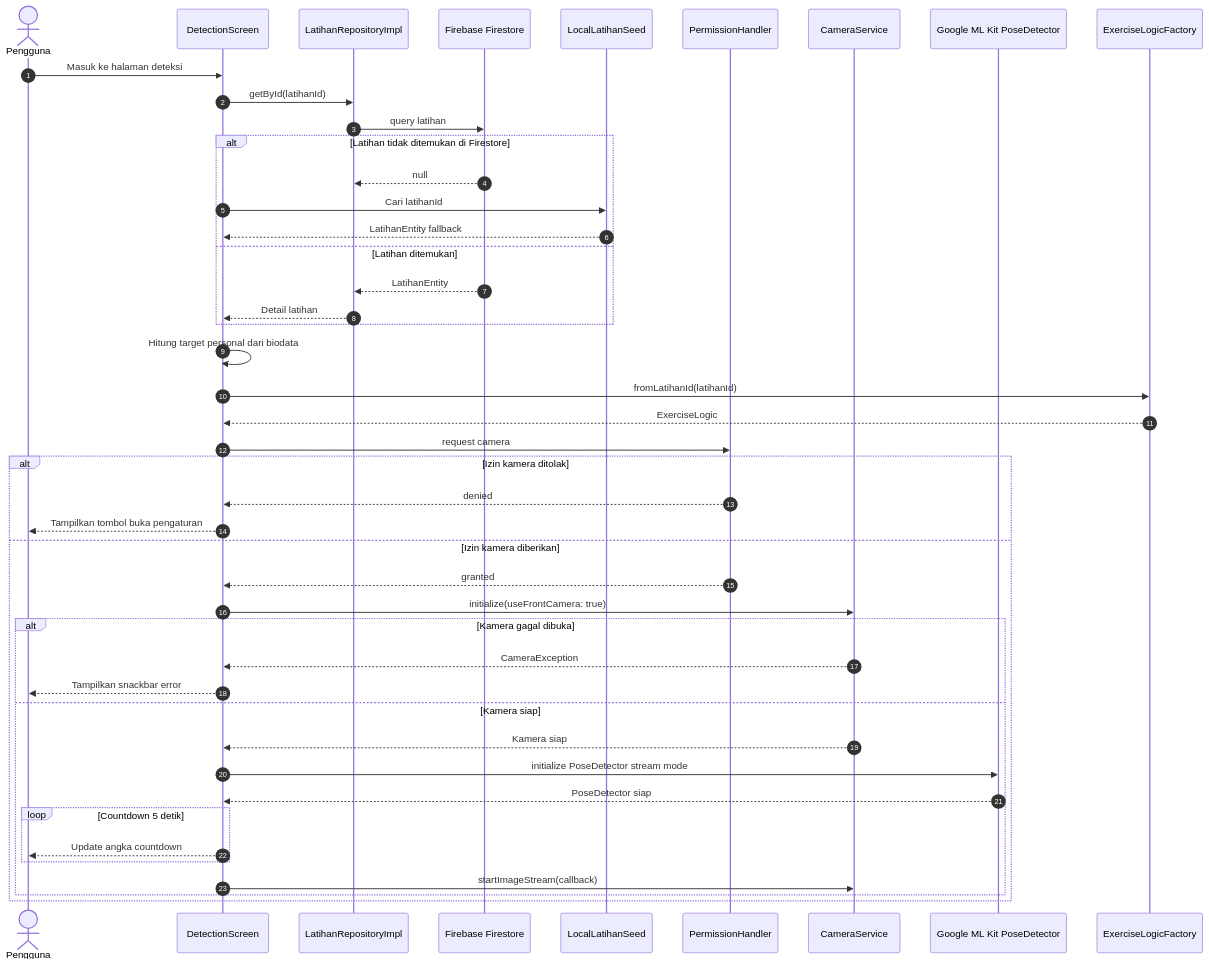
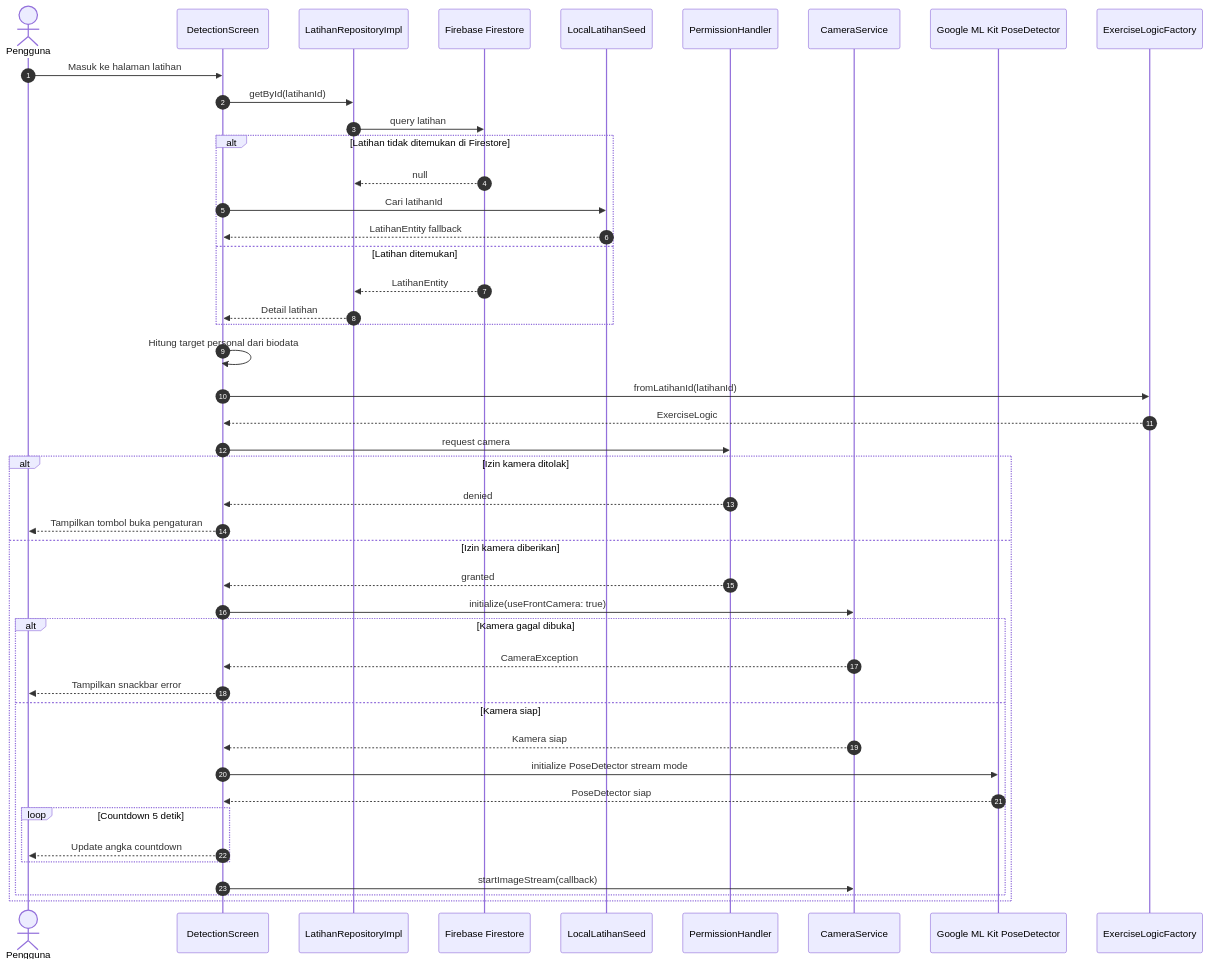
Diagram 21 of 24 in docs/uml.md (arifrachmatdx/Kinetra), drawn with Mermaid before and after one commit. The commit also changed other lines of this file and 1 other file, not shown here.

Commit message:
docs: align UML diagrams with requested use cases

````diff
--- a/docs/uml.md
+++ b/docs/uml.md
@@ -1062,48 +1086,48 @@
 ```mermaid
 sequenceDiagram
     autonumber
     actor User as Pengguna
     participant Detection as DetectionScreen
     participant LatihanRepo as LatihanRepositoryImpl
     participant Firestore as Firebase Firestore
     participant LocalSeed as LocalLatihanSeed
     participant Permission as PermissionHandler
     participant Camera as CameraService
     participant MLKit as Google ML Kit PoseDetector
     participant Factory as ExerciseLogicFactory
 
-    User->>Detection: Masuk ke halaman deteksi
+    User->>Detection: Masuk ke halaman latihan
     Detection->>LatihanRepo: getById(latihanId)
     LatihanRepo->>Firestore: query latihan
     alt Latihan tidak ditemukan di Firestore
         Firestore-->>LatihanRepo: null
         Detection->>LocalSeed: Cari latihanId
         LocalSeed-->>Detection: LatihanEntity fallback
     else Latihan ditemukan
         Firestore-->>LatihanRepo: LatihanEntity
         LatihanRepo-->>Detection: Detail latihan
     end
     Detection->>Detection: Hitung target personal dari biodata
     Detection->>Factory: fromLatihanId(latihanId)
     Factory-->>Detection: ExerciseLogic
     Detection->>Permission: request camera
     alt Izin kamera ditolak
         Permission-->>Detection: denied
         Detection-->>User: Tampilkan tombol buka pengaturan
     else Izin kamera diberikan
         Permission-->>Detection: granted
         Detection->>Camera: initialize(useFrontCamera: true)
         alt Kamera gagal dibuka
             Camera-->>Detection: CameraException
             Detection-->>User: Tampilkan snackbar error
         else Kamera siap
             Camera-->>Detection: Kamera siap
             Detection->>MLKit: initialize PoseDetector stream mode
             MLKit-->>Detection: PoseDetector siap
             loop Countdown 5 detik
                 Detection-->>User: Update angka countdown
             end
             Detection->>Camera: startImageStream(callback)
         end
     end
 ```
````
